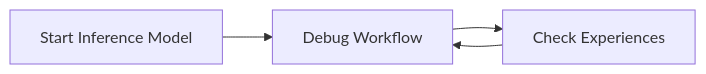
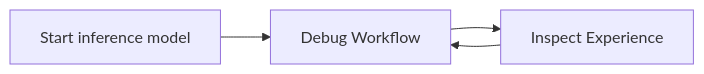
The second of 2 diagrams in docs/sphinx_doc/source/tutorial/develop_workflow.md (pan-x-c/Trinity-RFT), drawn with Mermaid before and after one commit. The commit also changed other lines of this file and 14 other files, not shown here.

````diff
--- a/docs/sphinx_doc/source/tutorial/develop_workflow.md
+++ b/docs/sphinx_doc/source/tutorial/develop_workflow.md
@@ -484,6 +372,6 @@
 ```{mermaid}
 flowchart LR
-    A[Start Inference Model] --> B[Debug Workflow]
-    B --> C[Check Experiences]
+    A[Start inference model] --> B[Debug Workflow]
+    B --> C[Inspect Experience]
     C --> B
 ```
````
